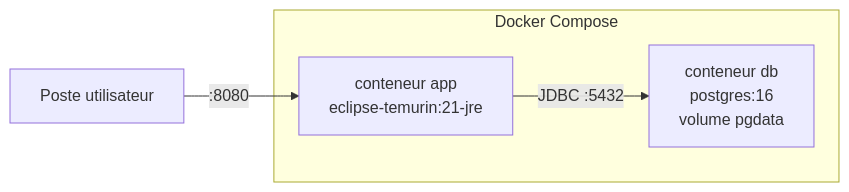
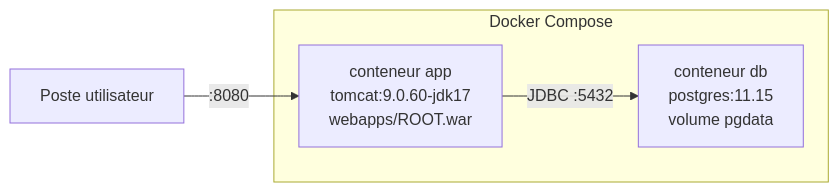
One commit to cvernet/ClaudeCodeMobile changed the second of 9 diagrams in notefrais-vulnerable/docs/ARCHITECTURE.md. Above: the diagram before and after it, drawn with Mermaid. The commit also changed other lines of this file and 20 other files, not shown here.

````diff
--- a/notefrais-vulnerable/docs/ARCHITECTURE.md
+++ b/notefrais-vulnerable/docs/ARCHITECTURE.md
@@ -67,7 +86,7 @@
 ```mermaid
 flowchart LR
     U[Poste utilisateur] -->|":8080"| A
     subgraph Docker Compose
-        A["conteneur app<br/>eclipse-temurin:21-jre"] -->|"JDBC :5432"| D["conteneur db<br/>postgres:16<br/>volume pgdata"]
+        A["conteneur app<br/>tomcat:9.0.60-jdk17<br/>webapps/ROOT.war"] -->|"JDBC :5432"| D["conteneur db<br/>postgres:11.15<br/>volume pgdata"]
     end
 ```
````
